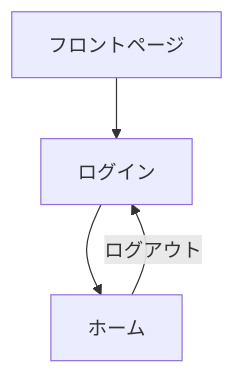
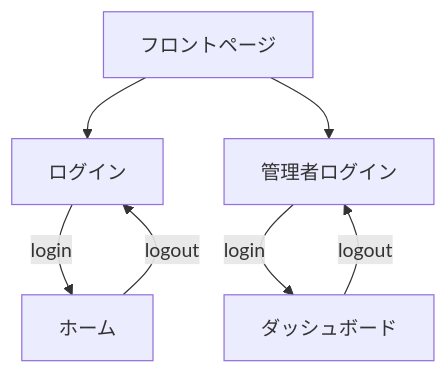
One commit to DesignSupply/startify-app changed the diagram in specifications/PROJECT_OVERVIEW.md. Above: the diagram before and after it, drawn with Mermaid. The commit also changed other lines of this file, not shown here.

Commit message:
[update] ドキュメント更新

````diff
--- a/specifications/PROJECT_OVERVIEW.md
+++ b/specifications/PROJECT_OVERVIEW.md
@@ -66,6 +67,9 @@
 ```mermaid
 flowchart TD
-    A[フロントページ] --> B[ログイン]
-    B --> C[ホーム]
-    C --> |ログアウト| B
+    frontpage[フロントページ] --> signin[ログイン]
+    signin -- login -->  home[ホーム]
+    home -- logout --> signin
+    frontpage --> admin[管理者ログイン]
+    admin -- login --> dashboard[ダッシュボード]
+    dashboard -- logout --> admin
 ```
````
